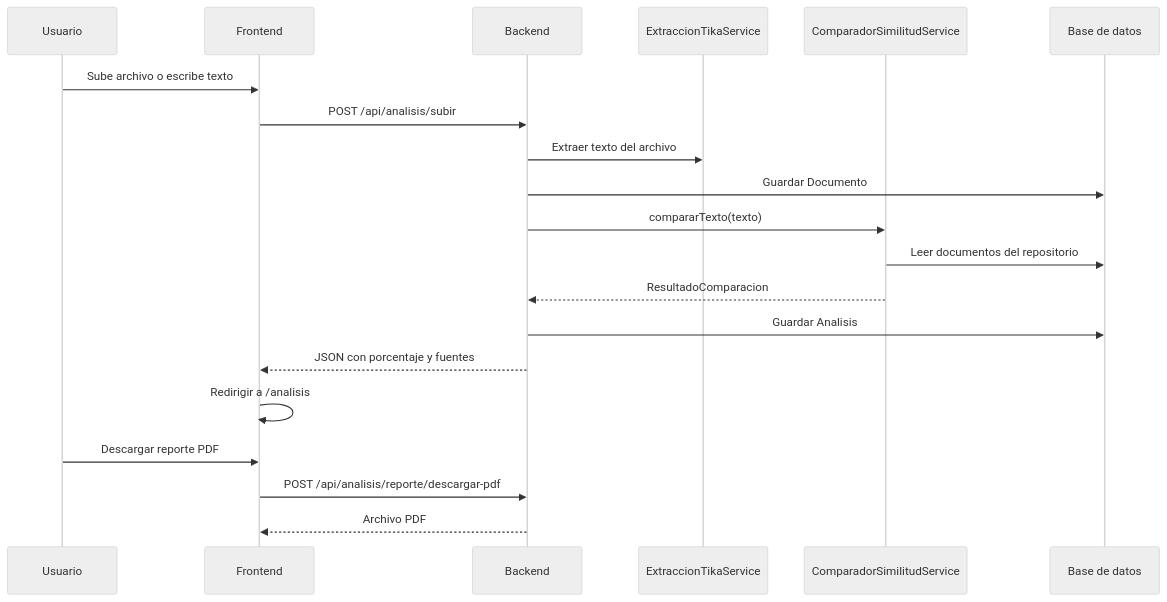
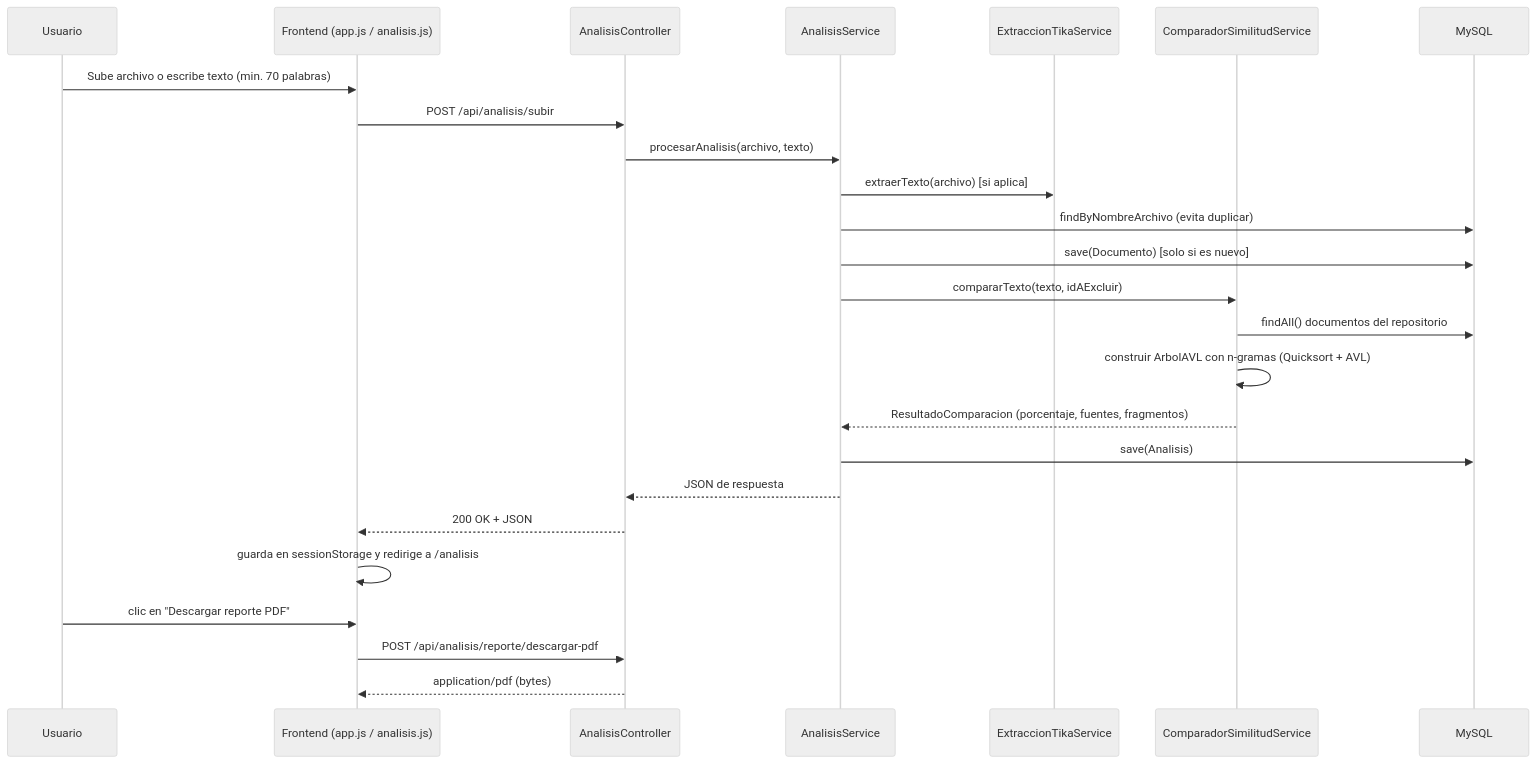
Before and after one commit to Fraank-Velasquez/eidoxApp: the second of 3 diagrams in DOCUMENTACION_SISTEMA_EIDOX.md, drawn with Mermaid (neutral theme). The commit also changed other lines of this file and 38 other files, not shown here.

````diff
--- a/DOCUMENTACION_SISTEMA_EIDOX.md
+++ b/DOCUMENTACION_SISTEMA_EIDOX.md
@@ -55,23 +57,28 @@
 ```mermaid
 sequenceDiagram
     participant U as Usuario
-    participant F as Frontend
-    participant B as Backend
+    participant F as Frontend (app.js / analisis.js)
+    participant C as AnalisisController
+    participant AS as AnalisisService
     participant X as ExtraccionTikaService
     participant S as ComparadorSimilitudService
-    participant DB as Base de datos
+    participant DB as MySQL
 
-    U->>F: Sube archivo o escribe texto
-    F->>B: POST /api/analisis/subir
-    B->>X: Extraer texto del archivo
-    B->>DB: Guardar Documento
-    B->>S: compararTexto(texto)
-    S->>DB: Leer documentos del repositorio
-    S-->>B: ResultadoComparacion
-    B->>DB: Guardar Analisis
-    B-->>F: JSON con porcentaje y fuentes
-    F->>F: Redirigir a /analisis
-    U->>F: Descargar reporte PDF
-    F->>B: POST /api/analisis/reporte/descargar-pdf
-    B-->>F: Archivo PDF
+    U->>F: Sube archivo o escribe texto (min. 70 palabras)
+    F->>C: POST /api/analisis/subir
+    C->>AS: procesarAnalisis(archivo, texto)
+    AS->>X: extraerTexto(archivo)  [si aplica]
+    AS->>DB: findByNombreArchivo (evita duplicar)
+    AS->>DB: save(Documento) [solo si es nuevo]
+    AS->>S: compararTexto(texto, idAExcluir)
+    S->>DB: findAll() documentos del repositorio
+    S->>S: construir ArbolAVL con n-gramas (Quicksort + AVL)
+    S-->>AS: ResultadoComparacion (porcentaje, fuentes, fragmentos)
+    AS->>DB: save(Analisis)
+    AS-->>C: JSON de respuesta
+    C-->>F: 200 OK + JSON
+    F->>F: guarda en sessionStorage y redirige a /analisis
+    U->>F: clic en "Descargar reporte PDF"
+    F->>C: POST /api/analisis/reporte/descargar-pdf
+    C-->>F: application/pdf (bytes)
 ```
````
